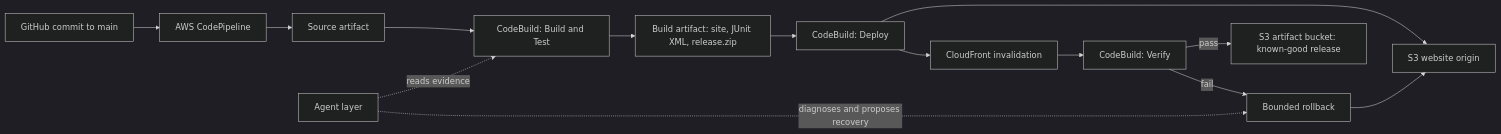
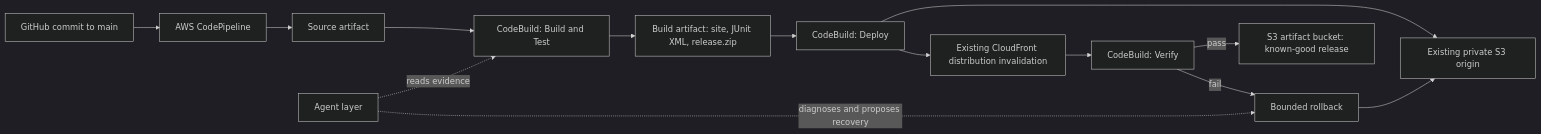
Before and after one commit to aadiujoshi-tamu/CSCE412-Project6: the first of 2 diagrams in ignore/implementation.md, drawn with Mermaid (dark theme). The commit also changed other lines of this file and 1 other file, not shown here.

````diff
--- a/ignore/implementation.md
+++ b/ignore/implementation.md
@@ -11,16 +12,16 @@
 ```mermaid
 flowchart LR
   G[GitHub commit to main] --> CP[AWS CodePipeline]
   CP --> S[Source artifact]
   S --> B[CodeBuild: Build and Test]
   B --> BA[Build artifact: site, JUnit XML, release.zip]
   BA --> D[CodeBuild: Deploy]
-  D --> S3[S3 website origin]
-  D --> CF[CloudFront invalidation]
+  D --> S3[Existing private S3 origin]
+  D --> CF[Existing CloudFront distribution invalidation]
   CF --> V[CodeBuild: Verify]
   V -->|pass| KG[S3 artifact bucket: known-good release]
   V -->|fail| R[Bounded rollback]
   R --> S3
   A[Agent layer] -.reads evidence.-> B
   A -.diagnoses and proposes recovery.-> R
 ```
````
